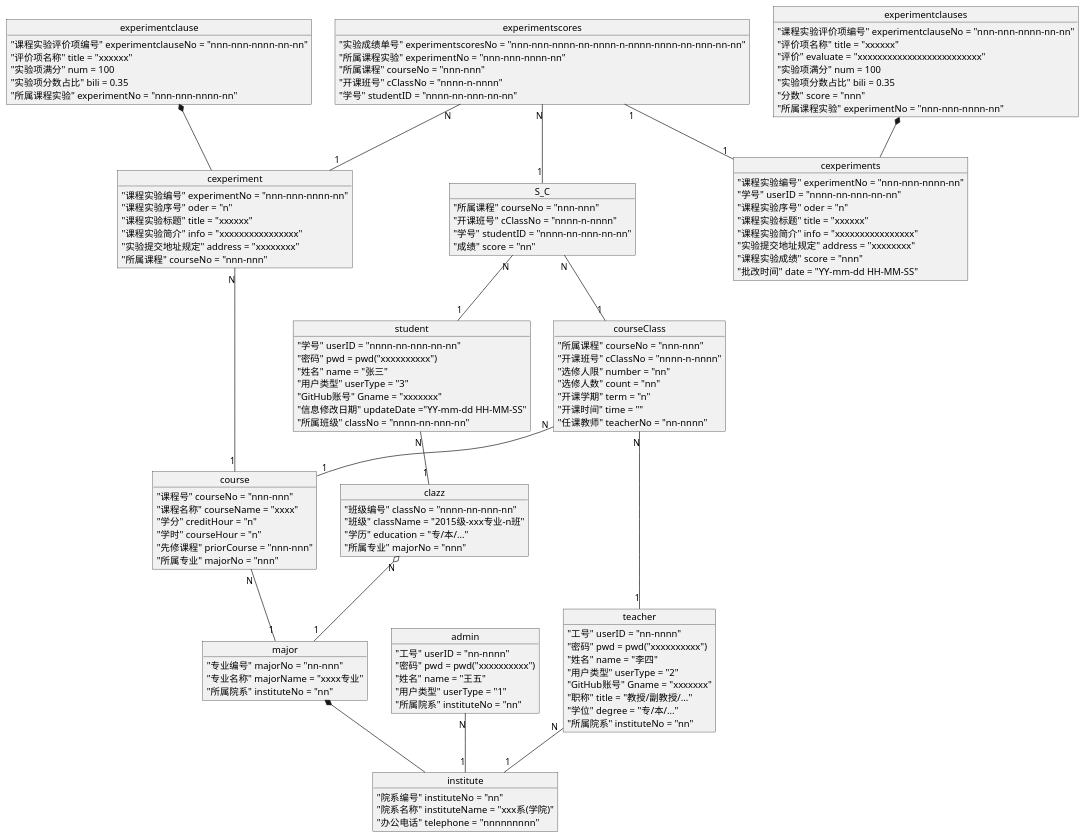
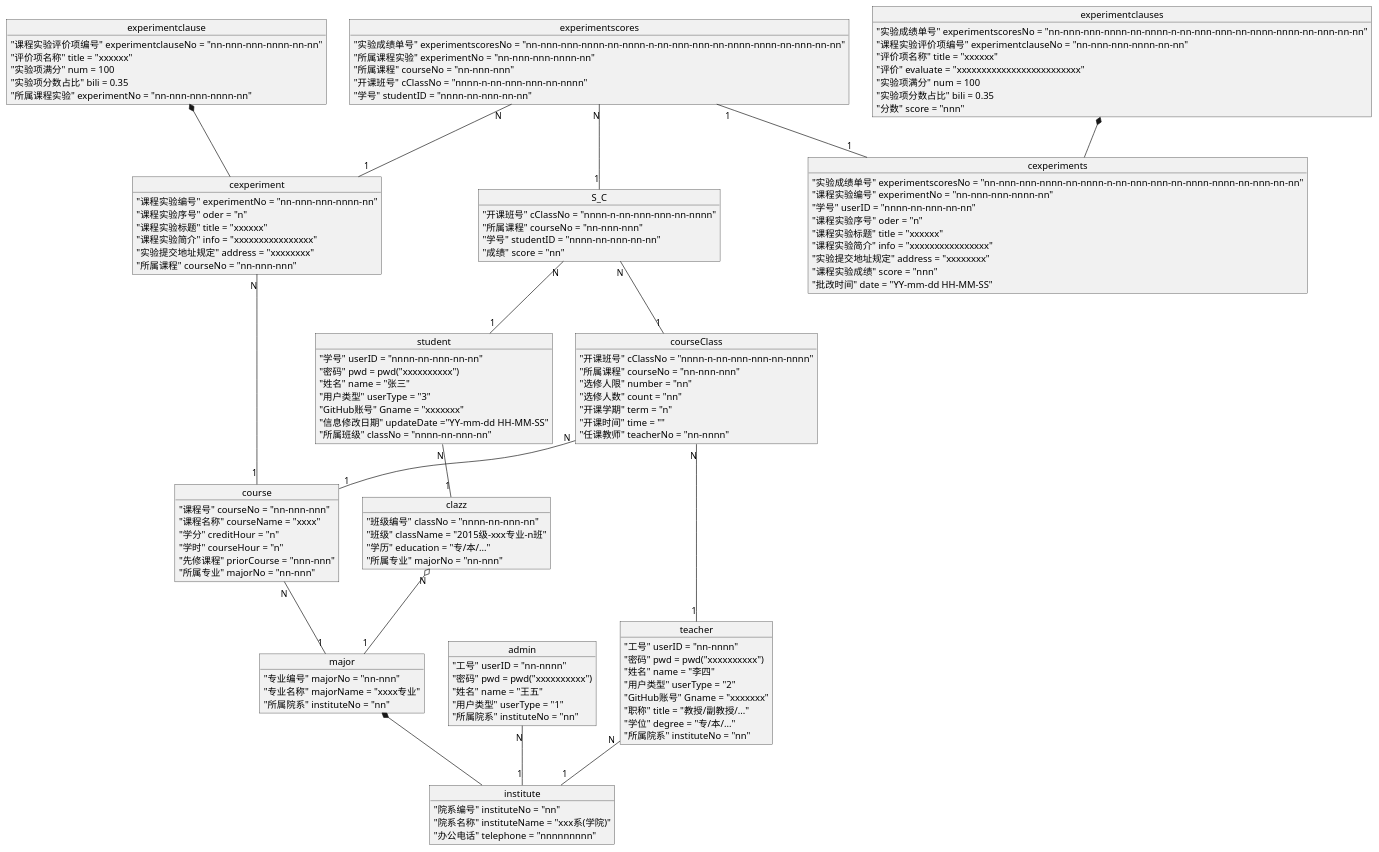
The diagram in test6/objectMView.pu (201610414130/is_analysis-4), drawn with PlantUML before and after one commit. The commit also changed 6 other files, not shown here.

```diff
--- a/test6/objectMView.pu
+++ b/test6/objectMView.pu
@@ -1,134 +1,135 @@
 @startuml 对象图-总
 object student{
     "学号" userID = "nnnn-nn-nnn-nn-nn"
     "密码" pwd = pwd("xxxxxxxxxx")
     "姓名" name = "张三"
     "用户类型" userType = "3"
     "GitHub账号" Gname = "xxxxxxx"
     "信息修改日期" updateDate ="YY-mm-dd HH-MM-SS"
     "所属班级" classNo = "nnnn-nn-nnn-nn"
 }
 
 object teacher{
     "工号" userID = "nn-nnnn"
     "密码" pwd = pwd("xxxxxxxxxx")
     "姓名" name = "李四"
     "用户类型" userType = "2"
     "GitHub账号" Gname = "xxxxxxx"
     "职称" title = "教授/副教授/..."
     "学位" degree = "专/本/..."
     "所属院系" instituteNo = "nn"
 }
 
 object admin{
     "工号" userID = "nn-nnnn"
     "密码" pwd = pwd("xxxxxxxxxx")
     "姓名" name = "王五"
     "用户类型" userType = "1"
     "所属院系" instituteNo = "nn"
 }
 
 object clazz{
     "班级编号" classNo = "nnnn-nn-nnn-nn"
     "班级" className = "2015级-xxx专业-n班"
     "学历" education = "专/本/..."
-    "所属专业" majorNo = "nnn"
+    "所属专业" majorNo = "nn-nnn"
 }
 
 object major{
     "专业编号" majorNo = "nn-nnn"
     "专业名称" majorName = "xxxx专业"
     "所属院系" instituteNo = "nn"
 }
 
 object institute{
     "院系编号" instituteNo = "nn"
     "院系名称" instituteName = "xxx系(学院)"
     "办公电话" telephone = "nnnnnnnnn"
 }
 
 object cexperiment{
-    "课程实验编号" experimentNo = "nnn-nnn-nnnn-nn"
+    "课程实验编号" experimentNo = "nn-nnn-nnn-nnnn-nn"
     "课程实验序号" oder = "n"
     "课程实验标题" title = "xxxxxx"
     "课程实验简介" info = "xxxxxxxxxxxxxxxx"
     "实验提交地址规定" address = "xxxxxxxx"
-    "所属课程" courseNo = "nnn-nnn"
+    "所属课程" courseNo = "nn-nnn-nnn"
 }
 object experimentclause{
-    "课程实验评价项编号" experimentclauseNo = "nnn-nnn-nnnn-nn-nn"
+    "课程实验评价项编号" experimentclauseNo = "nn-nnn-nnn-nnnn-nn-nn"
     "评价项名称" title = "xxxxxx"
     "实验项满分" num = 100
     "实验项分数占比" bili = 0.35
-    "所属课程实验" experimentNo = "nnn-nnn-nnnn-nn"
+    "所属课程实验" experimentNo = "nn-nnn-nnn-nnnn-nn"
 }
 
+
+object course{
+    "课程号" courseNo = "nn-nnn-nnn"
+    "课程名称" courseName = "xxxx"
+    "学分" creditHour = "n"
+    "学时" courseHour = "n"
+    "先修课程" priorCourse = "nnn-nnn"
+    "所属专业" majorNo = "nn-nnn"
+}
+
+object courseClass{
+    "开课班号" cClassNo = "nnnn-n-nn-nnn-nnn-nn-nnnn"
+    "所属课程" courseNo = "nn-nnn-nnn"
+    "选修人限" number = "nn"
+    "选修人数" count = "nn"
+    "开课学期" term = "n"
+    "开课时间" time = ""
+    "任课教师" teacherNo = "nn-nnnn"
+}
+
+object S_C{
+    "开课班号" cClassNo = "nnnn-n-nn-nnn-nnn-nn-nnnn"
+    "所属课程" courseNo = "nn-nnn-nnn"
+    "学号" studentID = "nnnn-nn-nnn-nn-nn"
+    "成绩" score = "nn"
+}
+object experimentscores{
+    "实验成绩单号" experimentscoresNo = "nn-nnn-nnn-nnnn-nn-nnnn-n-nn-nnn-nnn-nn-nnnn-nnnn-nn-nnn-nn-nn"
+    "所属课程实验" experimentNo = "nn-nnn-nnn-nnnn-nn"
+    "所属课程" courseNo = "nn-nnn-nnn"
+    "开课班号" cClassNo = "nnnn-n-nn-nnn-nnn-nn-nnnn"
+    "学号" studentID = "nnnn-nn-nnn-nn-nn"
+}
 object cexperiments{
-    "课程实验编号" experimentNo = "nnn-nnn-nnnn-nn"
+    "实验成绩单号" experimentscoresNo = "nn-nnn-nnn-nnnn-nn-nnnn-n-nn-nnn-nnn-nn-nnnn-nnnn-nn-nnn-nn-nn"
+    "课程实验编号" experimentNo = "nn-nnn-nnn-nnnn-nn"
     "学号" userID = "nnnn-nn-nnn-nn-nn"
     "课程实验序号" oder = "n"
     "课程实验标题" title = "xxxxxx"
     "课程实验简介" info = "xxxxxxxxxxxxxxxx"
     "实验提交地址规定" address = "xxxxxxxx"
     "课程实验成绩" score = "nnn"
     "批改时间" date = "YY-mm-dd HH-MM-SS"
 }
 object experimentclauses{
-    "课程实验评价项编号" experimentclauseNo = "nnn-nnn-nnnn-nn-nn"
+    "实验成绩单号" experimentscoresNo = "nn-nnn-nnn-nnnn-nn-nnnn-n-nn-nnn-nnn-nn-nnnn-nnnn-nn-nnn-nn-nn"
+    "课程实验评价项编号" experimentclauseNo = "nn-nnn-nnn-nnnn-nn-nn"
     "评价项名称" title = "xxxxxx"
     "评价" evaluate = "xxxxxxxxxxxxxxxxxxxxxxxxx"
     "实验项满分" num = 100
     "实验项分数占比" bili = 0.35
     "分数" score = "nnn"
-    "所属课程实验" experimentNo = "nnn-nnn-nnnn-nn"
-}
-
-object course{
-    "课程号" courseNo = "nnn-nnn"
-    "课程名称" courseName = "xxxx"
-    "学分" creditHour = "n"
-    "学时" courseHour = "n"
-    "先修课程" priorCourse = "nnn-nnn"
-    "所属专业" majorNo = "nnn"
-}
-
-object courseClass{
-    "所属课程" courseNo = "nnn-nnn"
-    "开课班号" cClassNo = "nnnn-n-nnnn"
-    "选修人限" number = "nn"
-    "选修人数" count = "nn"
-    "开课学期" term = "n"
-    "开课时间" time = ""
-    "任课教师" teacherNo = "nn-nnnn"
-}
-
-object S_C{
-    "所属课程" courseNo = "nnn-nnn"
-    "开课班号" cClassNo = "nnnn-n-nnnn"
-    "学号" studentID = "nnnn-nn-nnn-nn-nn"
-    "成绩" score = "nn"
-}
-object experimentscores{
-    "实验成绩单号" experimentscoresNo = "nnn-nnn-nnnn-nn-nnnn-n-nnnn-nnnn-nn-nnn-nn-nn"
-    "所属课程实验" experimentNo = "nnn-nnn-nnnn-nn"
-    "所属课程" courseNo = "nnn-nnn"
-    "开课班号" cClassNo = "nnnn-n-nnnn"
-    "学号" studentID = "nnnn-nn-nnn-nn-nn"
 }
 student "N" -- "1" clazz
 clazz "N" o-- "1" major
 major *-- institute
 teacher "N" -- "1" institute
 admin "N" -- "1" institute
 S_C "N" -- "1" student
 S_C "N" -- "1" courseClass
 courseClass "N" -- "1" course
 courseClass "N" -- "1" teacher
 course "N" -- "1" major
 experimentclause *-- cexperiment
 cexperiment "N" -- "1" course
 experimentscores "N" -- "1" S_C
 experimentscores "N" -- "1" cexperiment
 experimentclauses *-- cexperiments
 experimentscores "1"--"1" cexperiments
 @enduml
```
